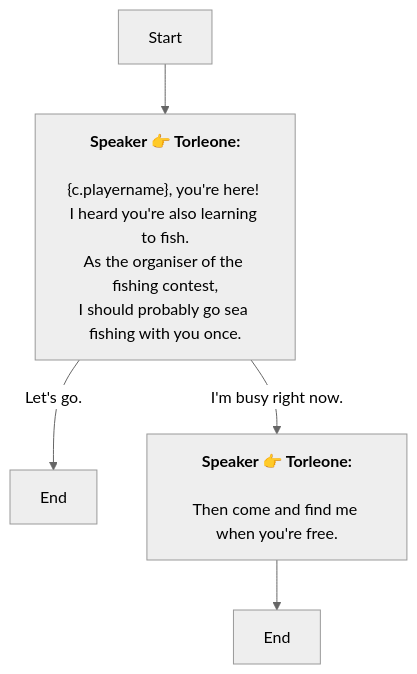
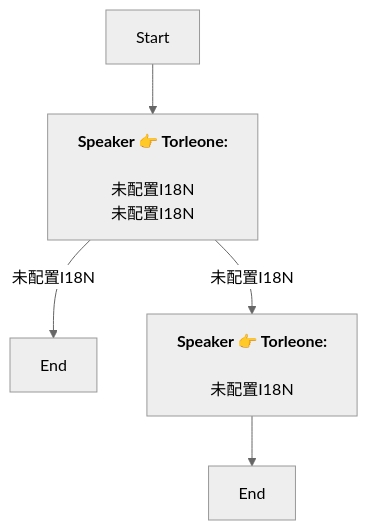
One commit to SoftHu/tos_avg changed the diagram in En/QuestTalkObjectiveNode_1756252308078735.md. Above: the diagram before and after it, drawn with Mermaid (neutral theme). The commit also changed 730 other files, not shown here.

````diff
--- a/En/QuestTalkObjectiveNode_1756252308078735.md
+++ b/En/QuestTalkObjectiveNode_1756252308078735.md
@@ -1,11 +1,10 @@
 ```mermaid
 graph
 Start -->1756252624199884[<b>Speaker 👉 Torleone:</b>
-\n&lbrace;c.playername&rbrace;, you're here! I heard you're also learning to fish.\nAs the organiser of the fishing contest,
-I should probably go sea fishing with you once.]
-1756252624199884 -->|Let's go.|1756252702928083[End]
-1756252624199884 -->|I'm busy right now.|1756252674743506[<b>Speaker 👉 Torleone:</b>
-\nThen come and find me when you're free.]
+\n未配置I18N\n未配置I18N]
+1756252624199884 -->|未配置I18N|1756252702928083[End]
+1756252624199884 -->|未配置I18N|1756252674743506[<b>Speaker 👉 Torleone:</b>
+\n未配置I18N]
 1756252674743506 -->1756252708831444[End]
 
 ```
````
